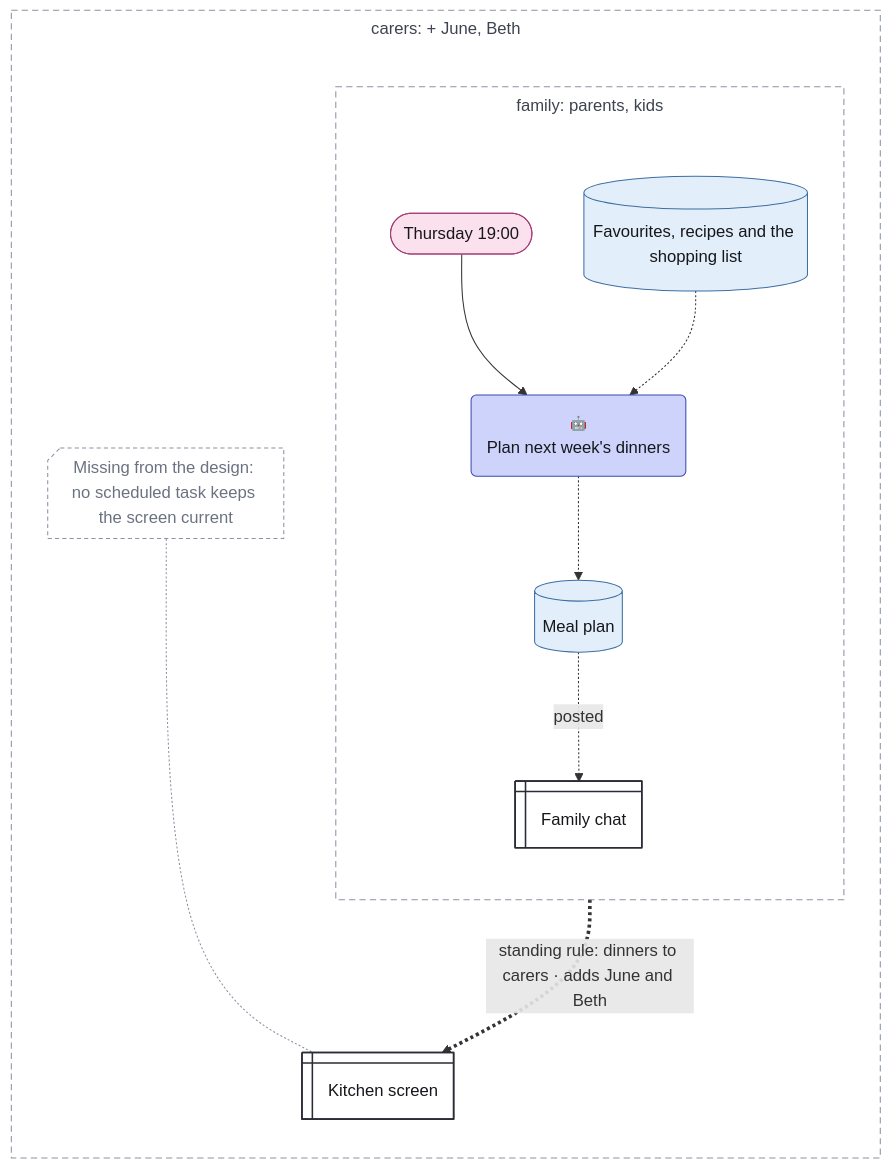
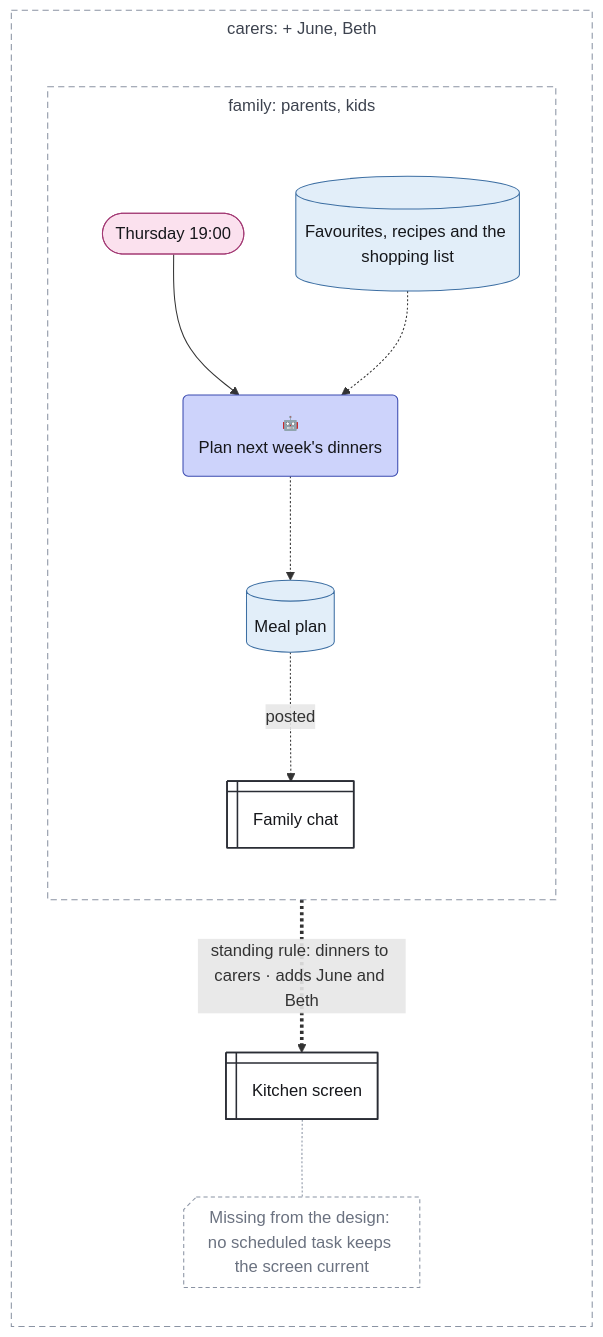
One commit to chrismdp/awml changed the diagram in examples/dinners.mmd. Above: the diagram before and after it, drawn with Mermaid. The commit also changed 20 other files, not shown here.

```diff
--- a/examples/dinners.mmd
+++ b/examples/dinners.mmd
@@ -1,50 +1,50 @@
 ---
 config:
   theme: default
   fontFamily: Inter, sans-serif
   flowchart:
     useMaxWidth: false
     subGraphTitleMargin:
       top: 6
       bottom: 30
 ---
 flowchart TB
   subgraph carers["carers#58; #43; June#44; Beth"]
     direction TB
     screen@{ shape: win-pane, label: "Kitchen screen" }
     screen_gap@{ shape: notch-rect, label: "Missing from the design#58; no scheduled task keeps the screen current" }
     subgraph family["family#58; parents#44; kids"]
       direction TB
       thu(["Thursday 19#58;00"])
       favourites[("Favourites#44; recipes and the shopping list")]
       plan("<small style='color:rgb(61,67,79)'>🤖</small><br>Plan next week#39;s dinners")
       mealplan[("Meal plan")]
       chat@{ shape: win-pane, label: "Family chat" }
     end
   end
 
   thu --> plan
   favourites -.-> plan
   plan -.-> mealplan
   mealplan -.->|"posted"| chat
   mealplan ==>|"standing rule#58; dinners to carers · adds June and Beth"| screen
-  screen_gap -.- screen
+  screen -.- screen_gap
   classDef trig fill:#fbe1ee,stroke:#a33a74,color:#16171b
   classDef ctx fill:#e2eef9,stroke:#3d6fa3,color:#16171b
   classDef con fill:#eceef2,stroke:#5d6472,color:#16171b
   classDef surf fill:#ffffff,stroke:#2a2d35,stroke-width:1.5px,color:#16171b
   classDef out fill:#fde4dc,stroke:#b5532f,color:#16171b
   classDef ai fill:#cdd3fb,stroke:#3b4bb0,color:#16171b
   classDef code fill:#c4e3d1,stroke:#2b7a4f,color:#16171b
   classDef person fill:#f7d79a,stroke:#9a6100,color:#16171b
   classDef uml fill:#16171b,stroke:#16171b,color:#16171b
   classDef gap fill:#ffffff,stroke:#8a93a3,stroke-dasharray:4 3,color:#6b7280
   class thu trig
   class favourites,mealplan ctx
   class screen,chat surf
   class plan ai
   class screen_gap gap
   style carers fill:transparent,stroke:#8a93a3,stroke-dasharray:6 4,color:#3d434f
   style family fill:transparent,stroke:#8a93a3,stroke-dasharray:6 4,color:#3d434f
   linkStyle 4 stroke-dasharray:3
   linkStyle 5 stroke:#8a93a3
```
